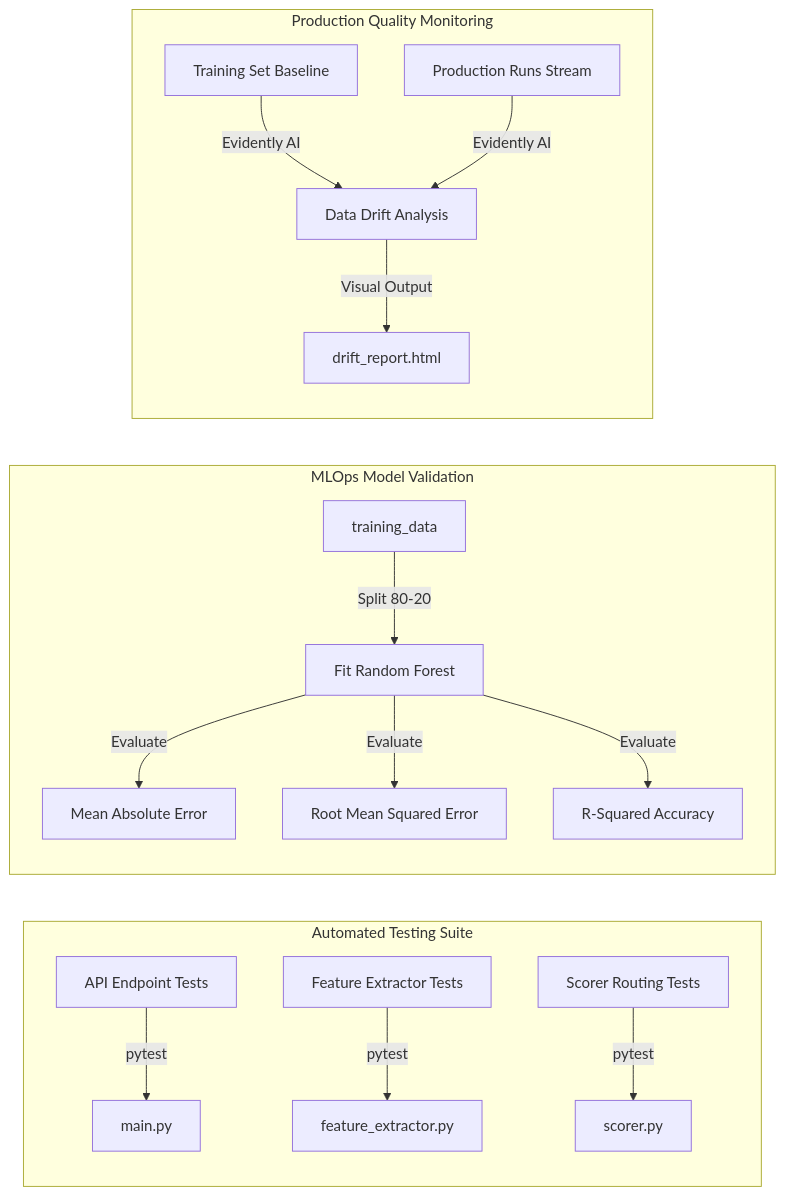
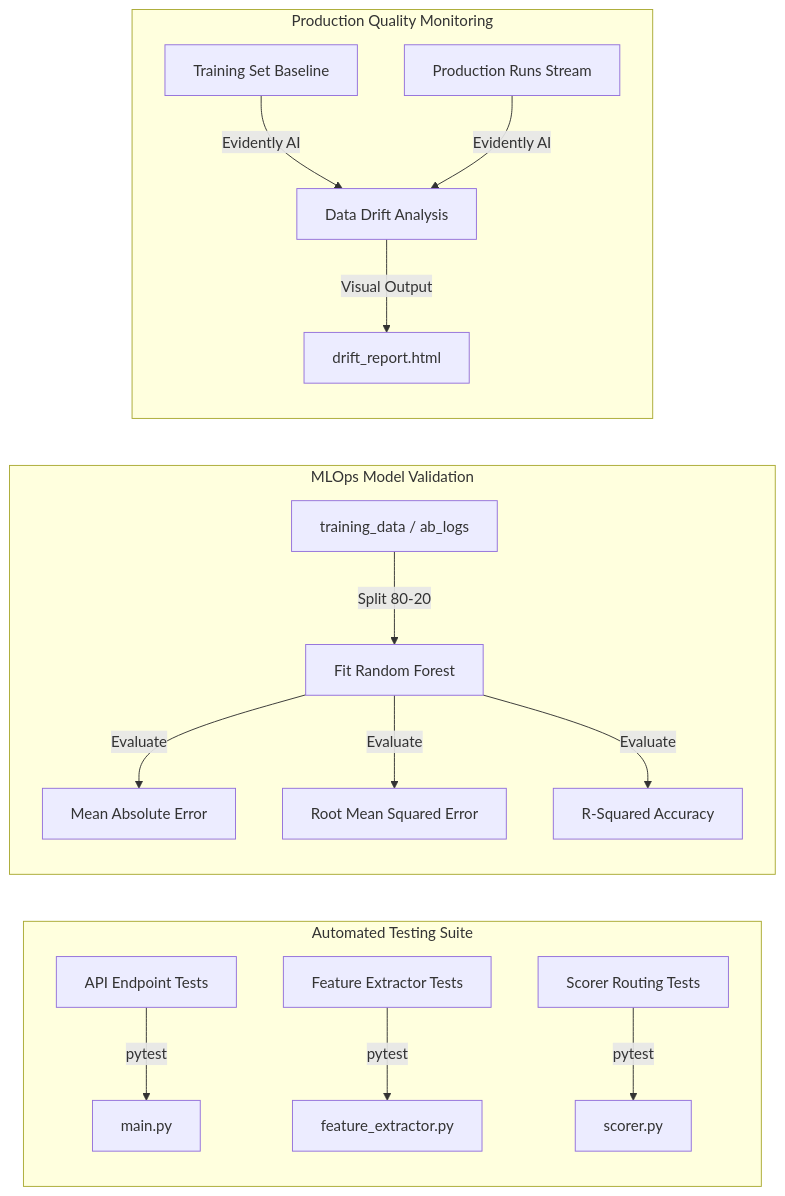
The third of 3 diagrams in README.md (Vijajraj/Prompt-A-B-testing), drawn with Mermaid before and after one commit. The commit also changed other lines of this file, not shown here.

Commit message:
Update README.md with MLflow Report UI architecture, multi-model promotion fallbacks, Render RAM optimizations, and cold-start resilience

````diff
--- a/README.md
+++ b/README.md
@@ -69,21 +126,21 @@
 ```mermaid
 graph LR
     subgraph Automated Testing Suite
         APITests[API Endpoint Tests] -->|pytest| MainApp[main.py]
         FeatureTests[Feature Extractor Tests] -->|pytest| FeatExtract[feature_extractor.py]
         ScorerTests[Scorer Routing Tests] -->|pytest| ScorerSwitch[scorer.py]
     end
 
     subgraph MLOps Model Validation
-        TrainData[training_data] -->|Split 80-20| ModelFit[Fit Random Forest]
+        TrainData[training_data / ab_logs] -->|Split 80-20| ModelFit[Fit Random Forest]
         ModelFit -->|Evaluate| MAE[Mean Absolute Error]
         ModelFit -->|Evaluate| RMSE[Root Mean Squared Error]
         ModelFit -->|Evaluate| R2[R-Squared Accuracy]
     end
 
     subgraph Production Quality Monitoring
         BaseData[Training Set Baseline] -->|Evidently AI| DriftCheck[Data Drift Analysis]
         InputData[Production Runs Stream] -->|Evidently AI| DriftCheck
         DriftCheck -->|Visual Output| HTMLReport[drift_report.html]
     end
 ```
````
